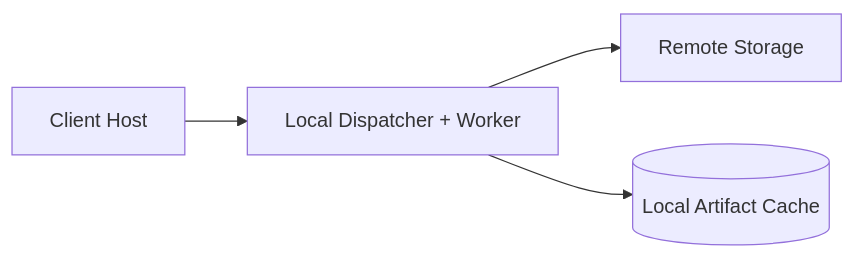
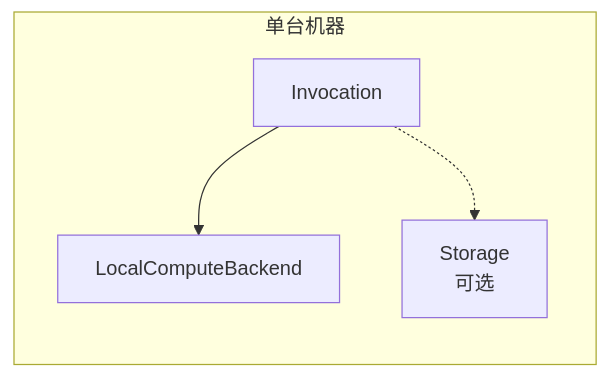
One commit to RESBI/StockStatistic changed the sixth of 10 diagrams in V31design/designV31/DESIGN_ARCH_V31.md. Above: the diagram before and after it, drawn with Mermaid. The commit also changed other lines of this file and 475 other files, not shown here.

First line of the commit message:
V3.1 design: finalize architecture docs + implementation reports

````diff
--- a/V31design/designV31/DESIGN_ARCH_V31.md
+++ b/V31design/designV31/DESIGN_ARCH_V31.md
@@ -434,6 +504,10 @@
 ```mermaid
 graph LR
-    U[Client Host] --> LD[Local Dispatcher + Worker]
-    LD --> RS[Remote Storage]
-    LD --> LF[(Local Artifact Cache)]
+    subgraph "单台机器"
+        I[Invocation]
+        L[LocalComputeBackend]
+        S[Storage<br/>可选]
+    end
+    I --> L
+    I -.-> S
 ```
````
